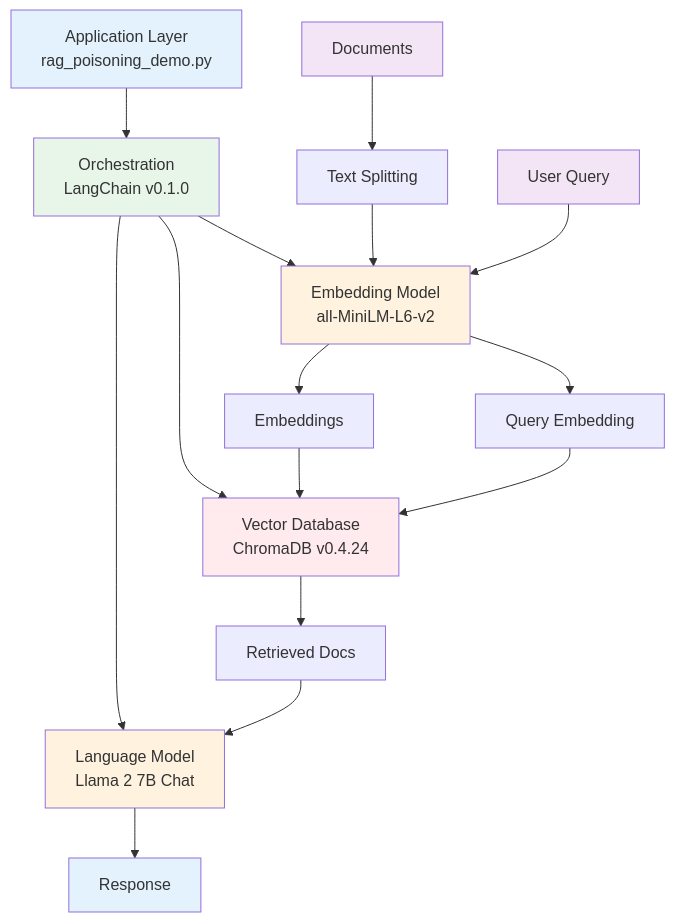
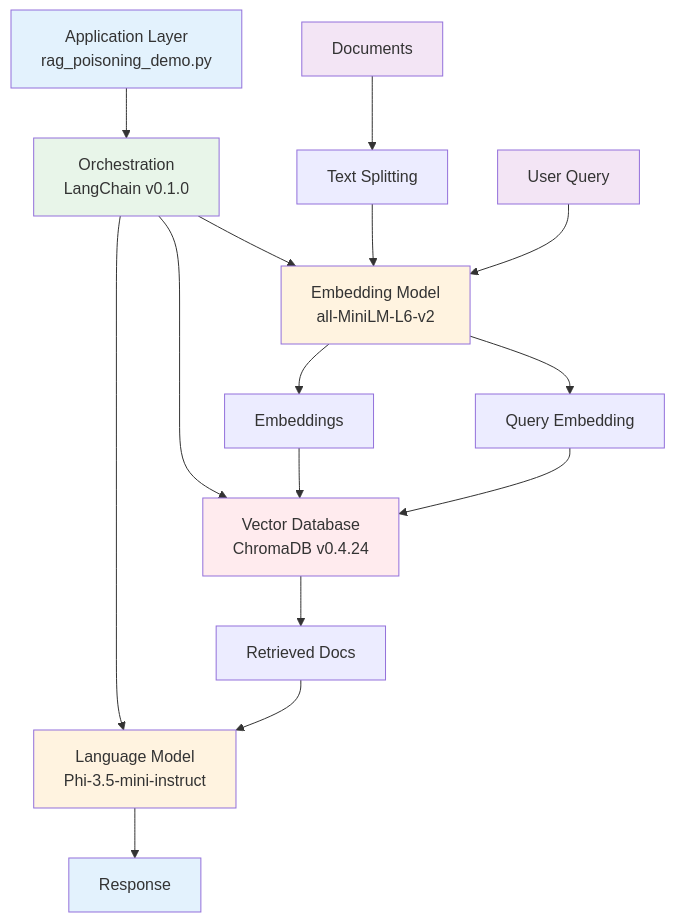
The diagram in README.md (prompt-security/RAG_Poisoning_POC), drawn with Mermaid before and after one commit. The commit also changed other lines of this file and 1 other file, not shown here.

Commit message:
fix: Update Ollama model reference to Phi-3.5-mini-instruct in configuration files

````diff
--- a/README.md
+++ b/README.md
@@ -26,34 +26,34 @@
 ```mermaid
 flowchart TD
     %% Application Layer
     A[Application Layer<br/>rag_poisoning_demo.py] --> B[Orchestration<br/>LangChain v0.1.0]
     
     %% Core Components
-    B --> C[Language Model<br/>Llama 2 7B Chat]
+    B --> C[Language Model<br/> Phi-3.5-mini-instruct]
     B --> D[Embedding Model<br/>all-MiniLM-L6-v2]
     B --> E[Vector Database<br/>ChromaDB v0.4.24]
     
     %% Data Flow
     F[Documents] --> G[Text Splitting]
     G --> D
     D --> H[Embeddings]
     H --> E
     
     %% Query Flow
     I[User Query] --> D
     D --> J[Query Embedding]
     J --> E
     E --> K[Retrieved Docs]
     K --> C
     C --> L[Response]
     
     %% Styling
     style A fill:#e3f2fd
     style B fill:#e8f5e9
     style C fill:#fff3e0
     style D fill:#fff3e0
     style E fill:#ffebee
     style F fill:#f3e5f5
     style I fill:#f3e5f5
     style L fill:#e3f2fd
 ```
````
